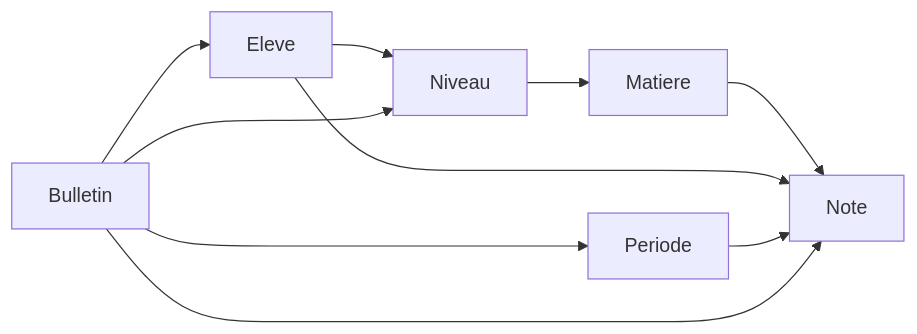
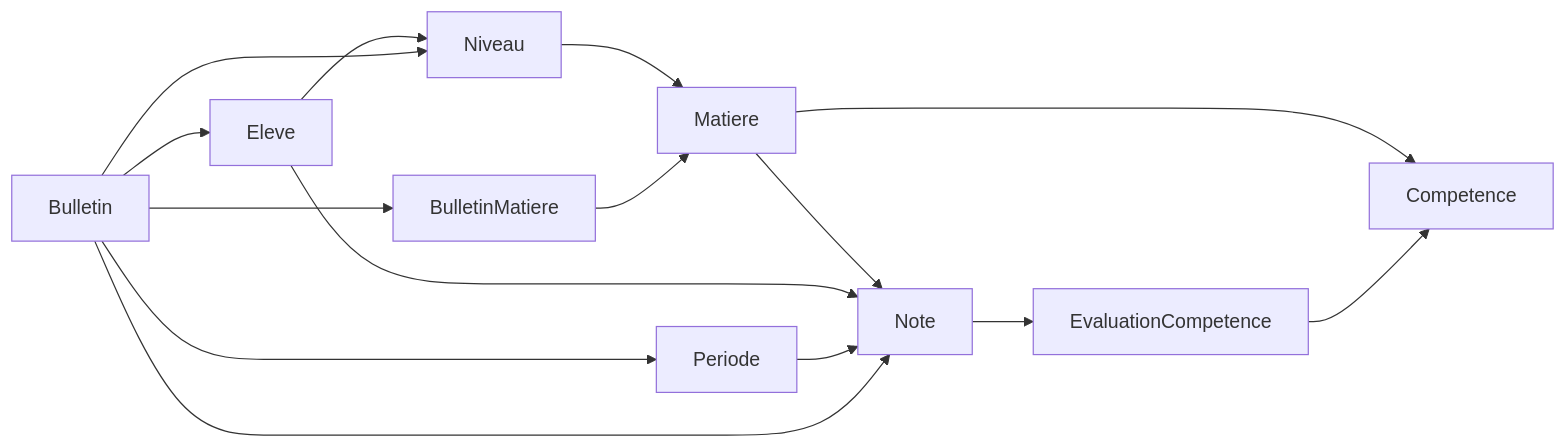
The eighth of 9 diagrams in .qoder/repowiki/en/content/Modules & Features/Academic Modules/Grading System & Bulletins.md (franckylab/eLISAschool), drawn with Mermaid before and after one commit. The commit also changed other lines of this file and 53 other files, not shown here.

````diff
--- a/.qoder/repowiki/en/content/Modules & Features/Academic Modules/Grading System & Bulletins.md
+++ b/.qoder/repowiki/en/content/Modules & Features/Academic Modules/Grading System & Bulletins.md
@@ -461,12 +591,17 @@
 ```mermaid
 graph LR
 Eleve["Eleve"] --> Niveau["Niveau"]
 Niveau --> Matiere["Matiere"]
+Matiere --> Competence["Competence"]
 Matiere --> Note["Note"]
 Eleve --> Note
+Note --> EvaluationCompetence["EvaluationCompetence"]
 Periode["Periode"] --> Note
 Bulletin["Bulletin"] --> Eleve
 Bulletin --> Periode
 Bulletin --> Niveau
 Bulletin --> Note
+Bulletin --> BulletinMatiere["BulletinMatiere"]
+BulletinMatiere --> Matiere
+EvaluationCompetence --> Competence
 ```
````
